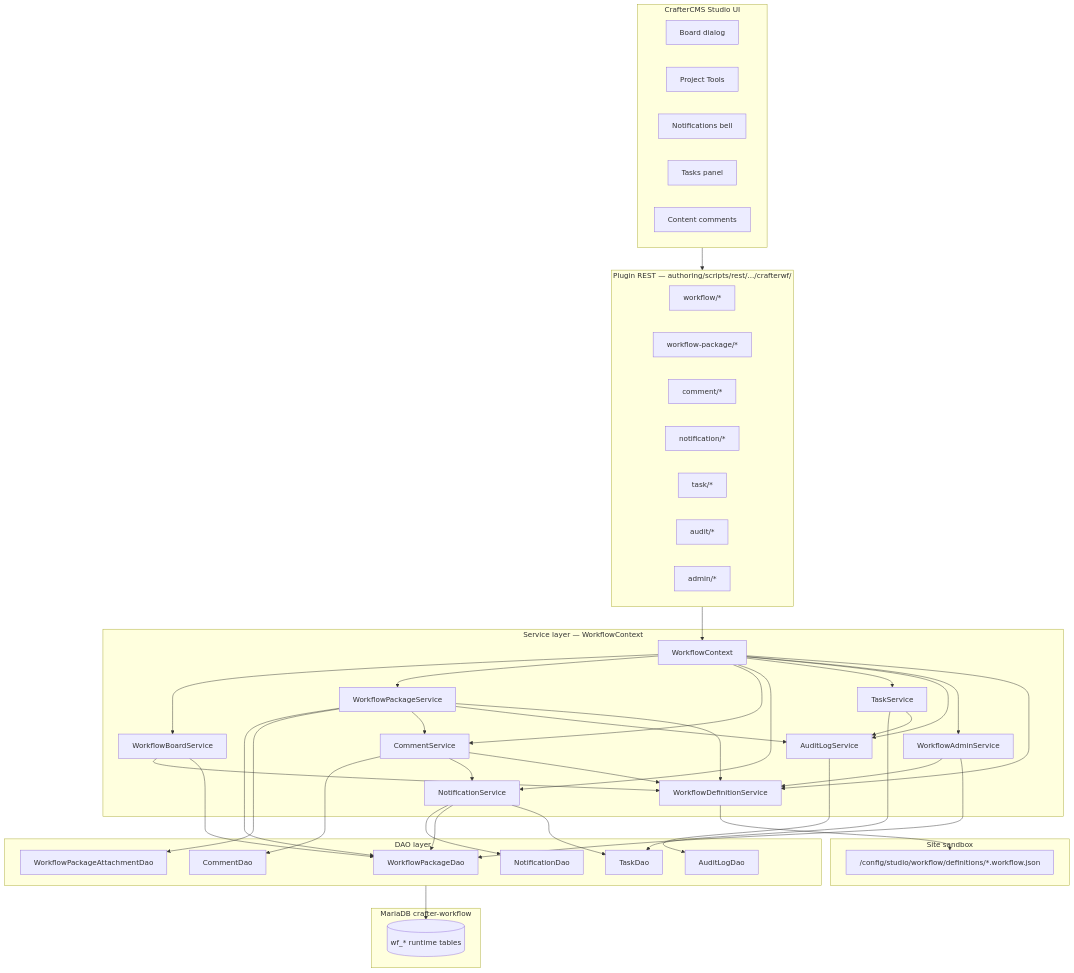
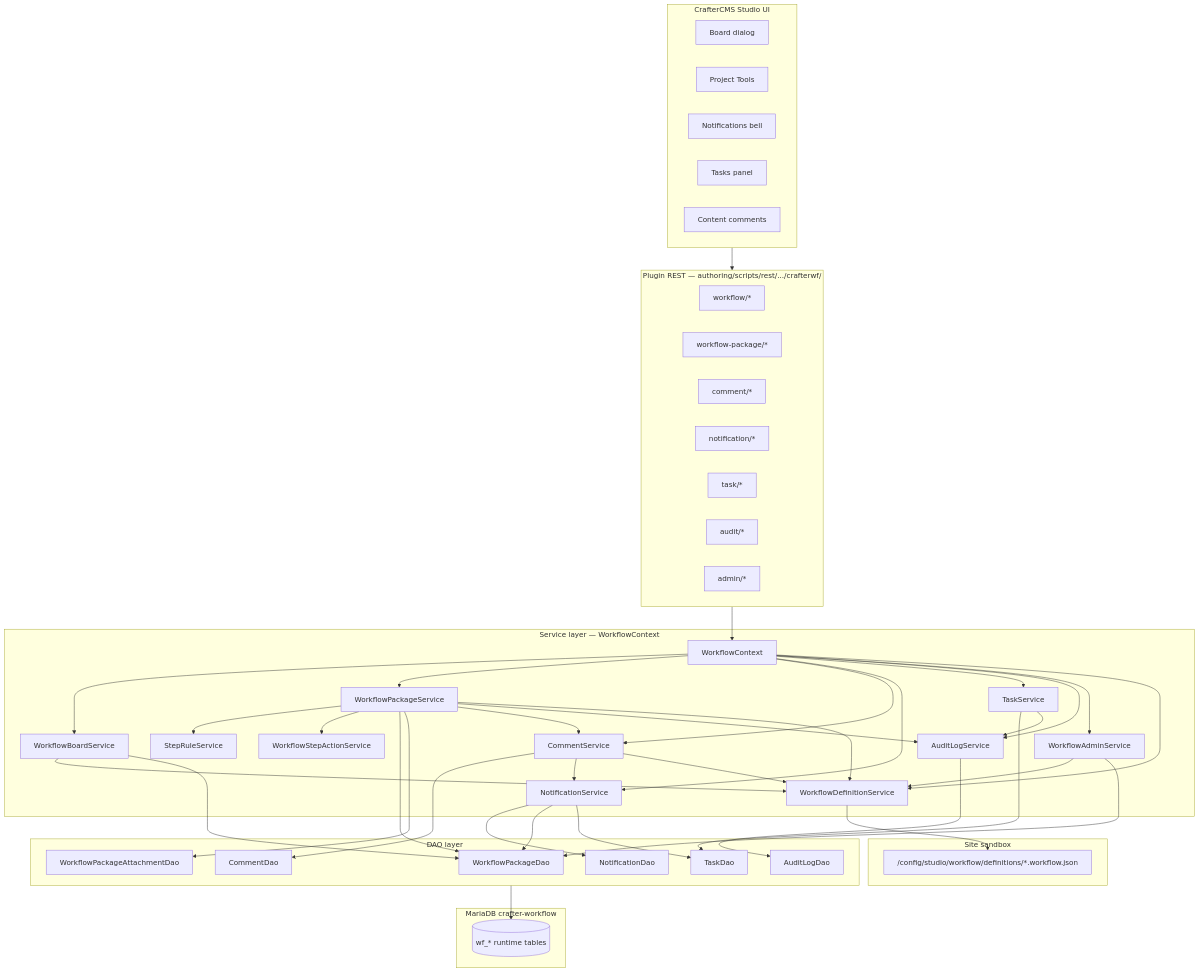
The first of 10 diagrams in docs/ARCHITECTURE_DIAGRAM.md (russdanner/plugin-studio-workflow), drawn with Mermaid before and after one commit. The commit also changed other lines of this file and 58 other files, not shown here.

````diff
--- a/docs/ARCHITECTURE_DIAGRAM.md
+++ b/docs/ARCHITECTURE_DIAGRAM.md
@@ -7,62 +7,65 @@
 ```mermaid
 flowchart TB
     subgraph StudioUI["CrafterCMS Studio UI"]
         BOARD[Board dialog]
         PT[Project Tools]
         NB[Notifications bell]
         TP[Tasks panel]
         CC[Content comments]
     end
 
     subgraph PluginREST["Plugin REST — authoring/scripts/rest/.../crafterwf/"]
         R1[workflow/*]
         R2[workflow-package/*]
         R3[comment/*]
         R4[notification/*]
         R5[task/*]
         R6[audit/*]
         R7[admin/*]
     end
 
     subgraph Services["Service layer — WorkflowContext"]
         CTX[WorkflowContext]
         WDS[WorkflowDefinitionService]
         BS[WorkflowBoardService]
         PS[WorkflowPackageService]
         CS[CommentService]
         NS[NotificationService]
         TS[TaskService]
         ALS[AuditLogService]
         ADM[WorkflowAdminService]
+        SRS[StepRuleService]
+        SAS[WorkflowStepActionService]
     end
 
     subgraph Repo["Site sandbox"]
         DEF["/config/studio/workflow/definitions/*.workflow.json"]
     end
 
     subgraph DAO["DAO layer"]
         PD[WorkflowPackageDao]
         AD[WorkflowPackageAttachmentDao]
         CD[CommentDao]
         ND[NotificationDao]
         TD[TaskDao]
         ALD[AuditLogDao]
     end
 
     subgraph DB["MariaDB crafter-workflow"]
         SCHEMA[(wf_* runtime tables)]
     end
 
     StudioUI --> PluginREST
     PluginREST --> CTX
     CTX --> BS & PS & CS & NS & TS & ALS & ADM & WDS
+    PS --> SRS & SAS
     WDS --> DEF
     BS --> WDS & PD
     PS --> PD & AD & CS & ALS & WDS
     CS --> CD & NS & WDS
     ADM --> WDS & PD
     TS --> TD & ALS
     NS --> ND & PD & TD
     ALS --> ALD
     DAO --> SCHEMA
 ```
````
